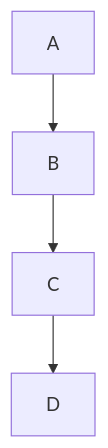
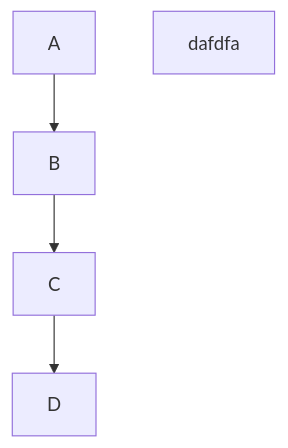
The diagram in part0/New_note_diagram.md (vheikkiniemi/FSO2024), drawn with Mermaid before and after one commit.

````diff
--- a/part0/New_note_diagram.md
+++ b/part0/New_note_diagram.md
@@ -50,6 +50,7 @@
 ```mermaid
 graph TD;
     A-->B;
     B-->C;
+dafdfa
     C-->D;
 ```
````
